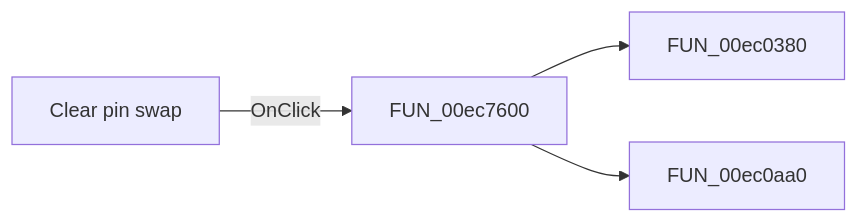
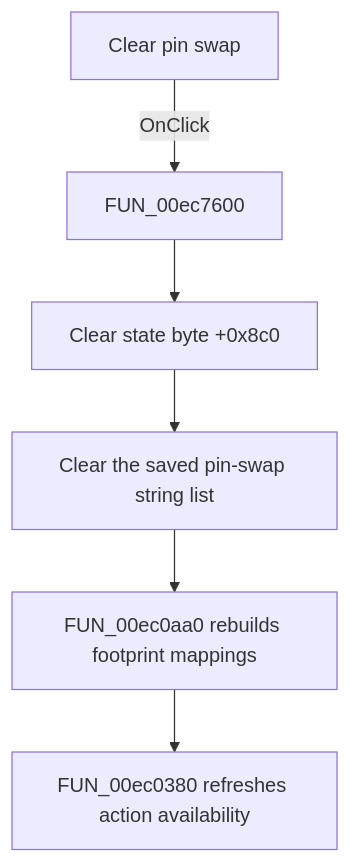
Before and after one commit to MovGP0/TIARA: the diagram in docs/ui-controls/pcbform4/btnclearpinswap-13732333a9.md, drawn with Mermaid. The commit also changed other lines of this file and 1062 other files, not shown here.

````diff
--- a/docs/ui-controls/pcbform4/btnclearpinswap-13732333a9.md
+++ b/docs/ui-controls/pcbform4/btnclearpinswap-13732333a9.md
@@ -27,6 +31,8 @@
 ```mermaid
-flowchart LR
+flowchart TD
     control["Clear pin swap"] -->|OnClick| handler["FUN_00ec7600"]
-    handler --> call1["FUN_00ec0380"]
-    handler --> call2["FUN_00ec0aa0"]
+    handler --> reset["Clear state byte +0x8c0"]
+    reset --> clear["Clear the saved pin-swap string list"]
+    clear --> rebuild["FUN_00ec0aa0 rebuilds footprint mappings"]
+    rebuild --> refresh["FUN_00ec0380 refreshes action availability"]
 ```
````
